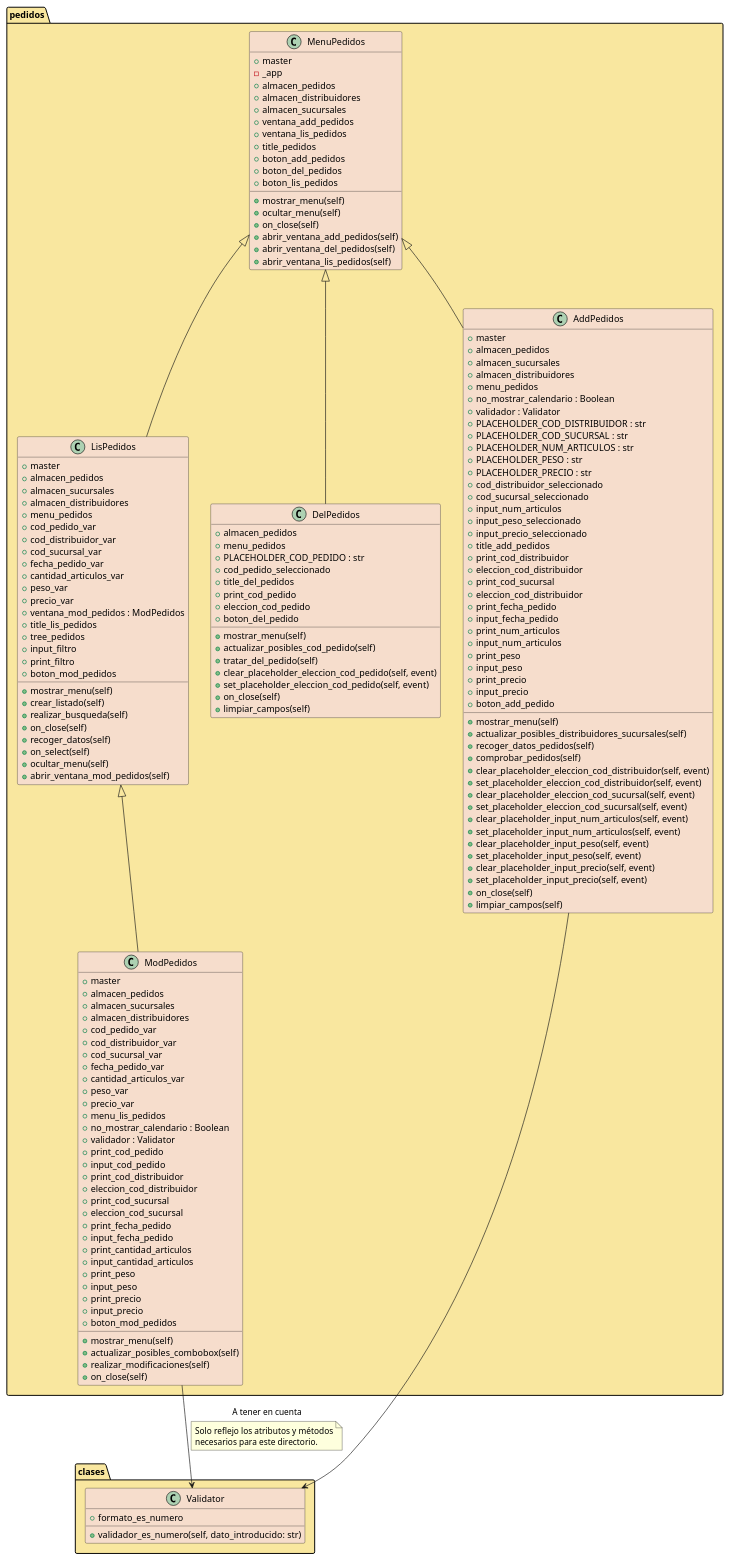
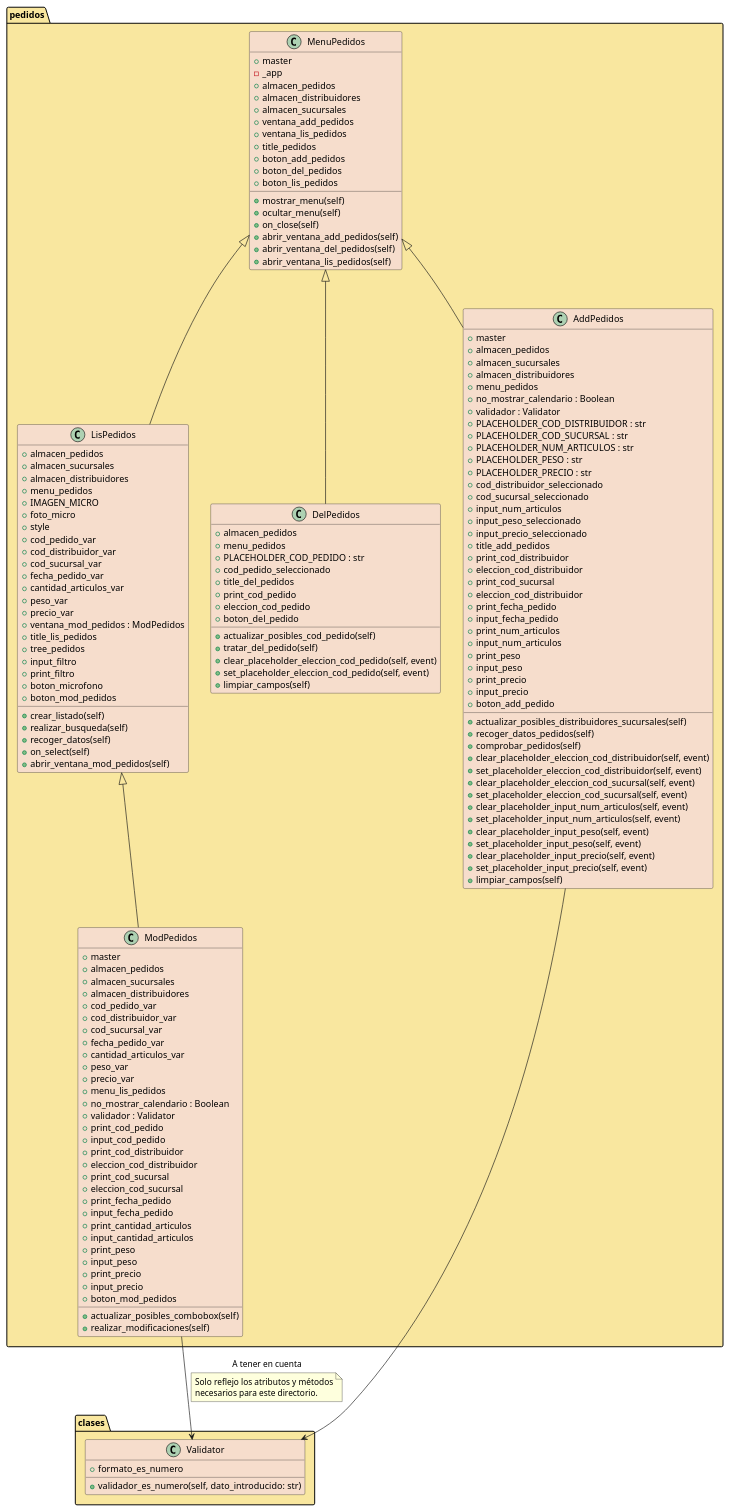
One commit to HuGymsForMe/hmnlogistics changed the diagram in docs/puml/pedidos.puml. Above: the diagram before and after it, drawn with PlantUML. The commit also changed 64 other files, not shown here.

```diff
--- a/docs/puml/pedidos.puml
+++ b/docs/puml/pedidos.puml
@@ -1,176 +1,169 @@
 @startuml pedidos
-
 
 package pedidos <<Folder>> #F9E79F {
     MenuPedidos <|-- AddPedidos
     MenuPedidos <|-- DelPedidos
     MenuPedidos <|-- LisPedidos
     LisPedidos <|-- ModPedidos
 
     together {
   class AddPedidos
   class DelPedidos
   class LisPedidos
 }
     
     class MenuPedidos #F6DDCC{
         + master
         - _app
         + almacen_pedidos
         + almacen_distribuidores
         + almacen_sucursales
         + ventana_add_pedidos
         + ventana_lis_pedidos
         + title_pedidos
         + boton_add_pedidos
         + boton_del_pedidos
         + boton_lis_pedidos
         + mostrar_menu(self)
         + ocultar_menu(self)
         + on_close(self)
         + abrir_ventana_add_pedidos(self)
         + abrir_ventana_del_pedidos(self)
         + abrir_ventana_lis_pedidos(self)
 }
     class AddPedidos #F6DDCC{
         + master
         + almacen_pedidos
         + almacen_sucursales
         + almacen_distribuidores
         + menu_pedidos
         + no_mostrar_calendario : Boolean
         + validador : Validator
         + PLACEHOLDER_COD_DISTRIBUIDOR : str
         + PLACEHOLDER_COD_SUCURSAL : str
         + PLACEHOLDER_NUM_ARTICULOS : str
         + PLACEHOLDER_PESO : str
         + PLACEHOLDER_PRECIO : str
         + cod_distribuidor_seleccionado
         + cod_sucursal_seleccionado
         + input_num_articulos
         + input_peso_seleccionado
         + input_precio_seleccionado
         + title_add_pedidos
         + print_cod_distribuidor
         + eleccion_cod_distribuidor
         + print_cod_sucursal
         + eleccion_cod_distribuidor
         + print_fecha_pedido
         + input_fecha_pedido
         + print_num_articulos
         + input_num_articulos
         + print_peso
         + input_peso
         + print_precio
         + input_precio
         + boton_add_pedido
-        + mostrar_menu(self)
         + actualizar_posibles_distribuidores_sucursales(self)
         + recoger_datos_pedidos(self)
         + comprobar_pedidos(self)
         + clear_placeholder_eleccion_cod_distribuidor(self, event)
         + set_placeholder_eleccion_cod_distribuidor(self, event)
         + clear_placeholder_eleccion_cod_sucursal(self, event)
         + set_placeholder_eleccion_cod_sucursal(self, event)
         + clear_placeholder_input_num_articulos(self, event)
         + set_placeholder_input_num_articulos(self, event)
         + clear_placeholder_input_peso(self, event)
         + set_placeholder_input_peso(self, event)
         + clear_placeholder_input_precio(self, event)
         + set_placeholder_input_precio(self, event)
-        + on_close(self)
         + limpiar_campos(self)     
 }
     class DelPedidos #F6DDCC{
         + almacen_pedidos
         + menu_pedidos
         + PLACEHOLDER_COD_PEDIDO : str
         + cod_pedido_seleccionado
         + title_del_pedidos
         + print_cod_pedido
         + eleccion_cod_pedido
         + boton_del_pedido
-        + mostrar_menu(self)
         + actualizar_posibles_cod_pedido(self)
         + tratar_del_pedido(self)
         + clear_placeholder_eleccion_cod_pedido(self, event)
         + set_placeholder_eleccion_cod_pedido(self, event)
-        + on_close(self)
         + limpiar_campos(self)
 }
     class LisPedidos #F6DDCC{
-        + master
         + almacen_pedidos
         + almacen_sucursales
         + almacen_distribuidores
         + menu_pedidos
+        + IMAGEN_MICRO
+        + foto_micro
+        + style
         + cod_pedido_var
         + cod_distribuidor_var
         + cod_sucursal_var
         + fecha_pedido_var
         + cantidad_articulos_var
         + peso_var
         + precio_var
         + ventana_mod_pedidos : ModPedidos
         + title_lis_pedidos
         + tree_pedidos
         + input_filtro
         + print_filtro
+        + boton_microfono
         + boton_mod_pedidos
-        + mostrar_menu(self)
         + crear_listado(self)
         + realizar_busqueda(self)
-        + on_close(self)
         + recoger_datos(self)
         + on_select(self)
-        + ocultar_menu(self)
         + abrir_ventana_mod_pedidos(self)
 }
     class ModPedidos #F6DDCC{
         + master
         + almacen_pedidos
         + almacen_sucursales
         + almacen_distribuidores
         + cod_pedido_var
         + cod_distribuidor_var
         + cod_sucursal_var
         + fecha_pedido_var
         + cantidad_articulos_var
         + peso_var
         + precio_var
         + menu_lis_pedidos
         + no_mostrar_calendario : Boolean
         + validador : Validator
         + print_cod_pedido
         + input_cod_pedido
         + print_cod_distribuidor
         + eleccion_cod_distribuidor
         + print_cod_sucursal
         + eleccion_cod_sucursal
         + print_fecha_pedido
         + input_fecha_pedido
         + print_cantidad_articulos
         + input_cantidad_articulos
         + print_peso
         + input_peso
         + print_precio
         + input_precio
         + boton_mod_pedidos
-        + mostrar_menu(self)
         + actualizar_posibles_combobox(self)
         + realizar_modificaciones(self)
-        + on_close(self)
 }
 }
 
 package clases <<Folder>> #F9E79F{
     ModPedidos --> Validator : A tener en cuenta
     note on link : Solo reflejo los atributos y métodos\nnecesarios para este directorio.
     AddPedidos --> Validator 
     
     class Validator #F6DDCC{ 
         + formato_es_numero
         + validador_es_numero(self, dato_introducido: str)
 }
 }
 @enduml
```
